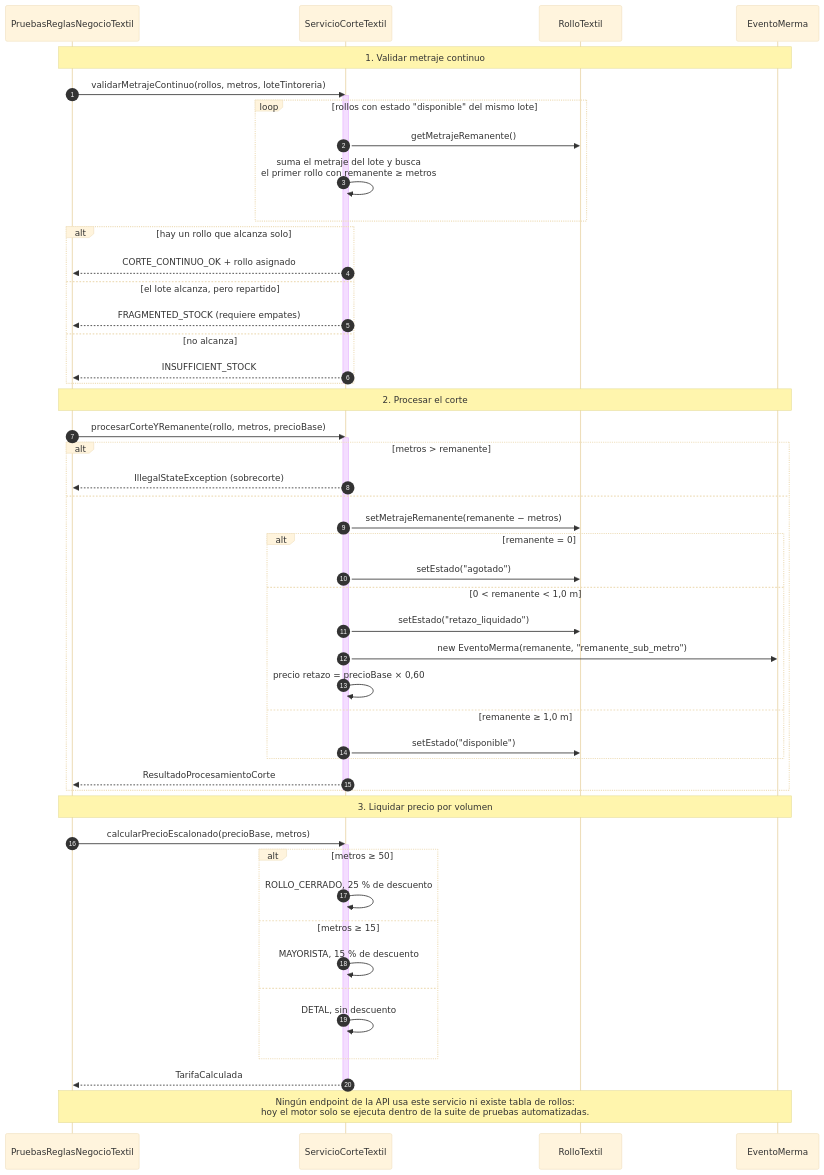
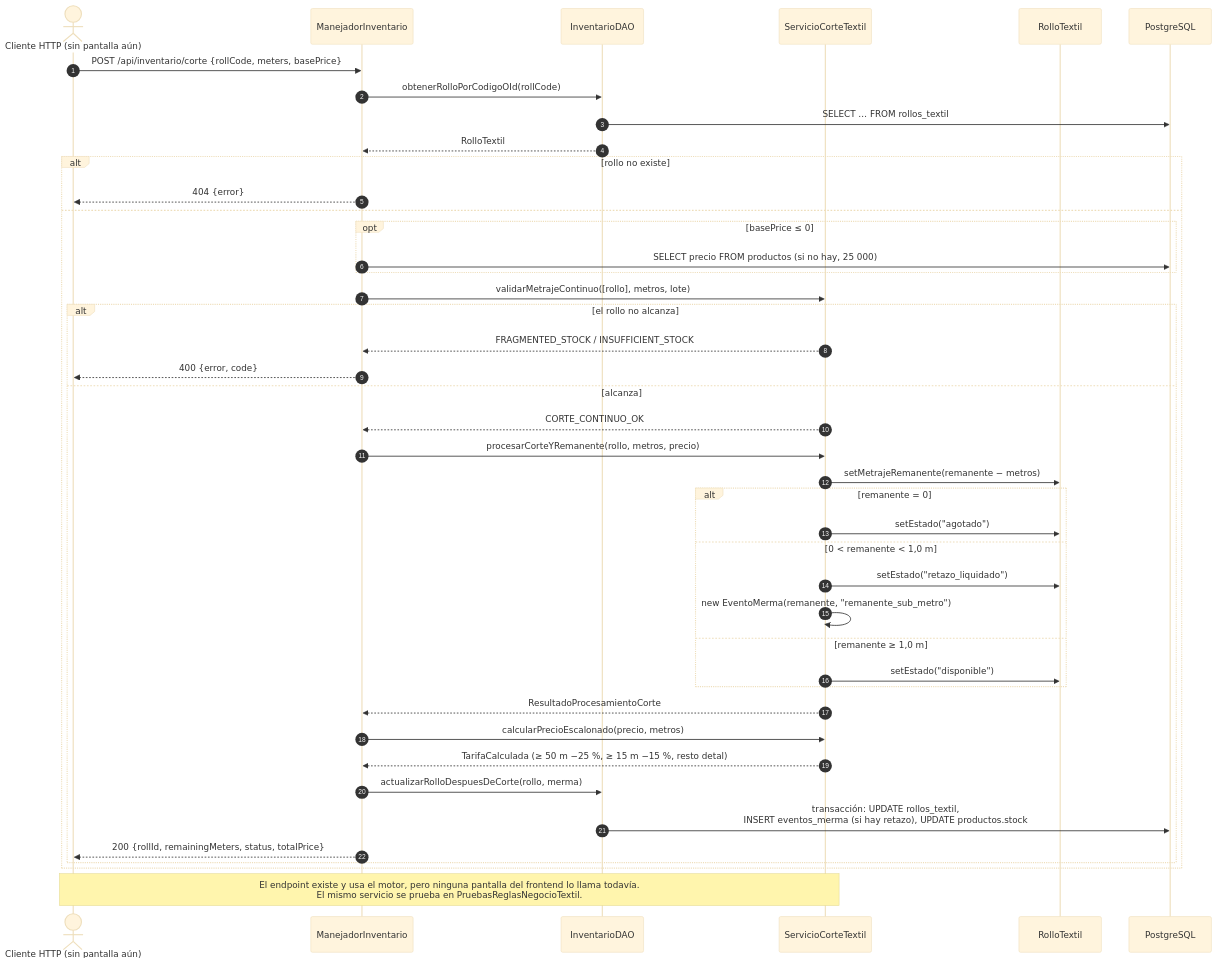
Before and after one commit to Jhonmoreno000/PROYECTO-SENA-TIENDA-TEXTIL-: the fifth of 6 diagrams in documentacion/12-diagramas-de-secuencia.md, drawn with Mermaid (base theme). The commit also changed other lines of this file and 55 other files, not shown here.

Commit message:
docs: rehacer documentacion, diagramas, contrato OpenAPI y matriz v3 segun el codigo de main (#39)

````diff
--- a/documentacion/12-diagramas-de-secuencia.md
+++ b/documentacion/12-diagramas-de-secuencia.md
@@ -263,55 +227,45 @@
 ```mermaid
 sequenceDiagram
     autonumber
-    participant T as PruebasReglasNegocioTextil
+    actor C as Cliente HTTP (sin pantalla aún)
+    participant MI as ManejadorInventario
+    participant DAO as InventarioDAO
     participant S as ServicioCorteTextil
     participant R as RolloTextil
-    participant M as EventoMerma
-    Note over T,M: 1. Validar metraje continuo
-    T->>S: validarMetrajeContinuo(rollos, metros, loteTintoreria)
-    activate S
-    loop rollos con estado "disponible" del mismo lote
-    S->>R: getMetrajeRemanente()
-    S->>S: suma el metraje del lote y busca<br/>el primer rollo con remanente ≥ metros
+    participant DB as PostgreSQL
+    C->>MI: POST /api/inventario/corte {rollCode, meters, basePrice}
+    MI->>DAO: obtenerRolloPorCodigoOId(rollCode)
+    DAO->>DB: SELECT … FROM rollos_textil
+    DAO-->>MI: RolloTextil
+    alt rollo no existe
+        MI-->>C: 404 {error}
+    else
+        opt basePrice ≤ 0
+            MI->>DB: SELECT precio FROM productos (si no hay, 25 000)
+        end
+        MI->>S: validarMetrajeContinuo([rollo], metros, lote)
+        alt el rollo no alcanza
+            S-->>MI: FRAGMENTED_STOCK / INSUFFICIENT_STOCK
+            MI-->>C: 400 {error, code}
+        else alcanza
+            S-->>MI: CORTE_CONTINUO_OK
+            MI->>S: procesarCorteYRemanente(rollo, metros, precio)
+            S->>R: setMetrajeRemanente(remanente − metros)
+            alt remanente = 0
+                S->>R: setEstado("agotado")
+            else 0 < remanente < 1,0 m
+                S->>R: setEstado("retazo_liquidado")
+                S->>S: new EventoMerma(remanente, "remanente_sub_metro")
+            else remanente ≥ 1,0 m
+                S->>R: setEstado("disponible")
+            end
+            S-->>MI: ResultadoProcesamientoCorte
+            MI->>S: calcularPrecioEscalonado(precio, metros)
+            S-->>MI: TarifaCalculada (≥ 50 m −25 %, ≥ 15 m −15 %, resto detal)
+            MI->>DAO: actualizarRolloDespuesDeCorte(rollo, merma)
+            DAO->>DB: transacción: UPDATE rollos_textil,<br/>INSERT eventos_merma (si hay retazo), UPDATE productos.stock
+            MI-->>C: 200 {rollId, remainingMeters, status, totalPrice}
+        end
     end
-    alt hay un rollo que alcanza solo
-    S-->>T: CORTE_CONTINUO_OK + rollo asignado
-    else el lote alcanza, pero repartido
-    S-->>T: FRAGMENTED_STOCK (requiere empates)
-    else no alcanza
-    S-->>T: INSUFFICIENT_STOCK
-    end
-    deactivate S
-    Note over T,M: 2. Procesar el corte
-    T->>S: procesarCorteYRemanente(rollo, metros, precioBase)
-    activate S
-    alt metros > remanente
-    S-->>T: IllegalStateException (sobrecorte)
-    else
-    S->>R: setMetrajeRemanente(remanente − metros)
-    alt remanente = 0
-    S->>R: setEstado("agotado")
-    else 0 < remanente < 1,0 m
-    S->>R: setEstado("retazo_liquidado")
-    S->>M: new EventoMerma(remanente, "remanente_sub_metro")
-    S->>S: precio retazo = precioBase × 0,60
-    else remanente ≥ 1,0 m
-    S->>R: setEstado("disponible")
-    end
-    S-->>T: ResultadoProcesamientoCorte
-    end
-    deactivate S
-    Note over T,M: 3. Liquidar precio por volumen
-    T->>S: calcularPrecioEscalonado(precioBase, metros)
-    activate S
-    alt metros ≥ 50
-    S->>S: ROLLO_CERRADO, 25 % de descuento
-    else metros ≥ 15
-    S->>S: MAYORISTA, 15 % de descuento
-    else
-    S->>S: DETAL, sin descuento
-    end
-    S-->>T: TarifaCalculada
-    deactivate S
-    Note over T,M: Ningún endpoint de la API usa este servicio ni existe tabla de rollos:<br/>hoy el motor solo se ejecuta dentro de la suite de pruebas automatizadas.
+    Note over C,S: El endpoint existe y usa el motor, pero ninguna pantalla del frontend lo llama todavía.<br/>El mismo servicio se prueba en PruebasReglasNegocioTextil.
 ```
````
